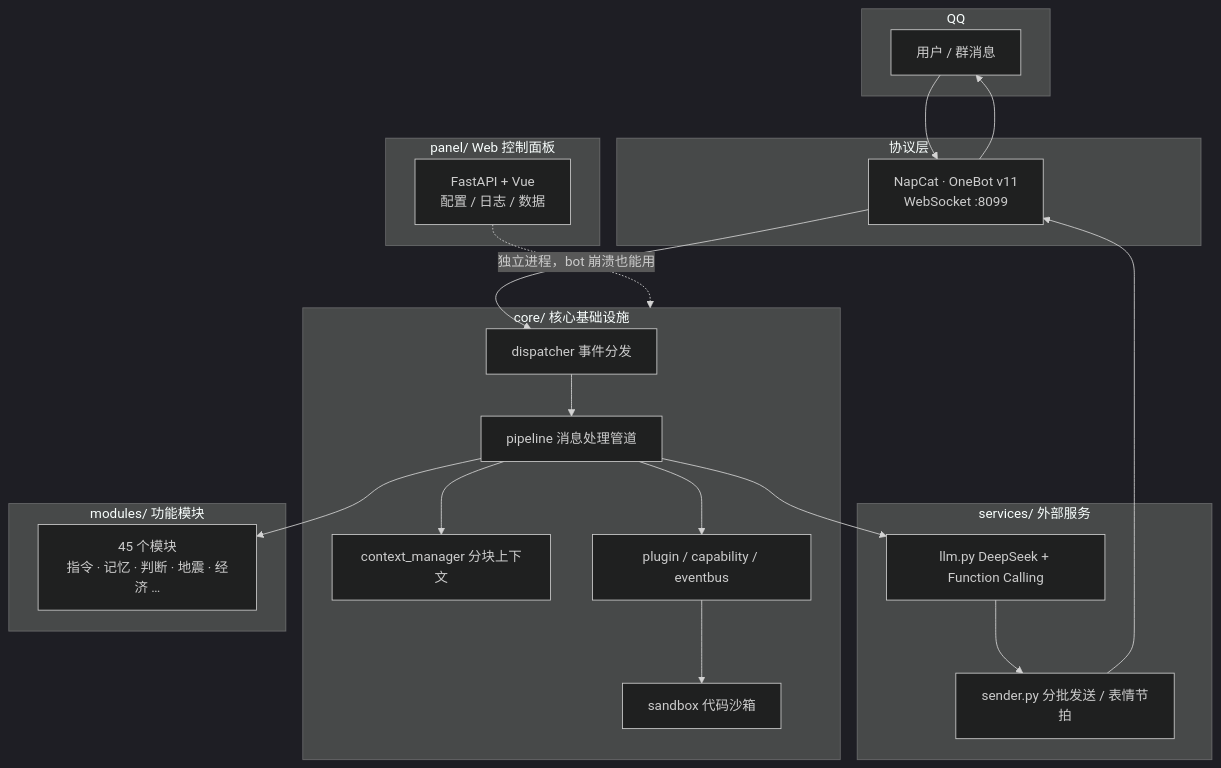
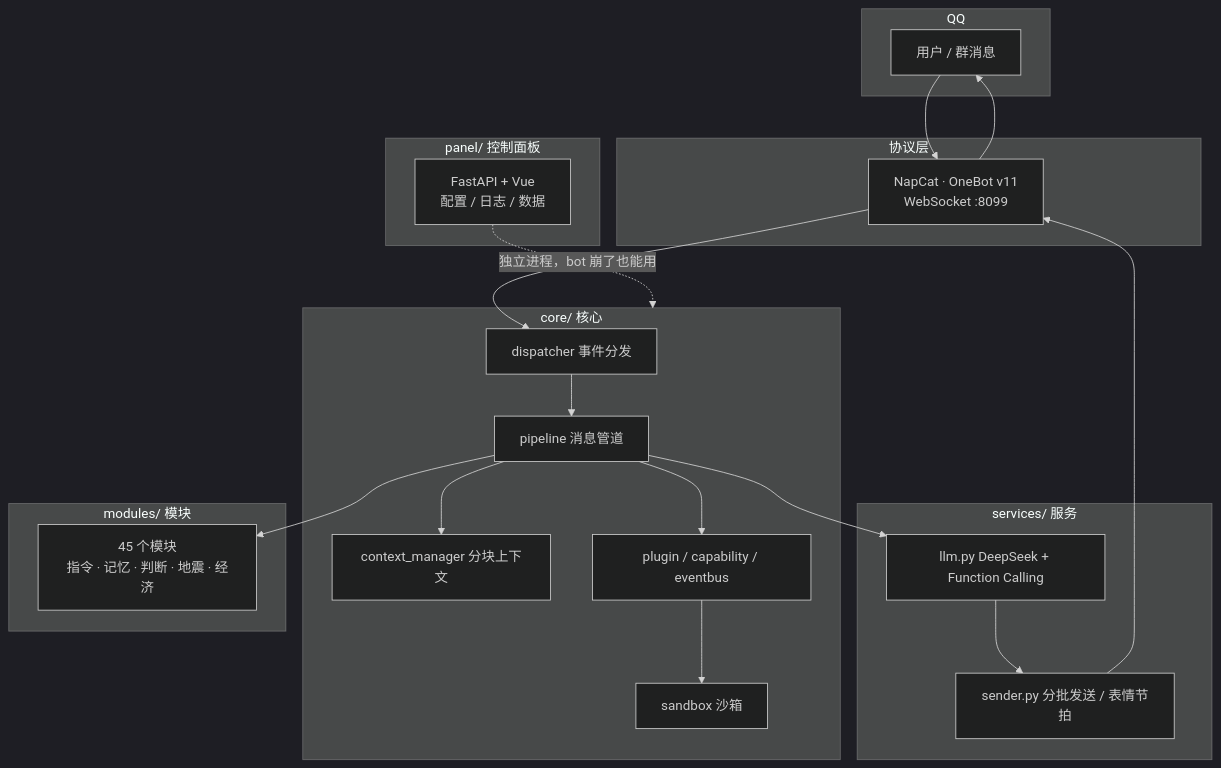
One commit to Trusler258/huanmeng-qqbot changed the first of 4 diagrams in README.md. Above: the diagram before and after it, drawn with Mermaid (dark theme). The commit also changed other lines of this file, not shown here.

First line of the commit message:
docs(readme): 去 AI 味重写 + 补全指令清单 + 扩记忆导图 + 修 URL 转义

````diff
--- a/README.md
+++ b/README.md
@@ -145,41 +109,41 @@
 ```mermaid
 flowchart TB
     subgraph Client["QQ"]
         U["用户 / 群消息"]
     end
 
     subgraph Adapter["协议层"]
         NC["NapCat · OneBot v11<br/>WebSocket :8099"]
     end
 
-    subgraph Core["core/ 核心基础设施"]
+    subgraph Core["core/ 核心"]
         D["dispatcher 事件分发"]
-        P["pipeline 消息处理管道"]
+        P["pipeline 消息管道"]
         C["context_manager 分块上下文"]
         PL["plugin / capability / eventbus"]
-        SB["sandbox 代码沙箱"]
+        SB["sandbox 沙箱"]
     end
 
-    subgraph Svc["services/ 外部服务"]
+    subgraph Svc["services/ 服务"]
         L["llm.py DeepSeek + Function Calling"]
         S["sender.py 分批发送 / 表情节拍"]
     end
 
-    subgraph Mod["modules/ 功能模块"]
-        M["45 个模块<br/>指令 · 记忆 · 判断 · 地震 · 经济 …"]
+    subgraph Mod["modules/ 模块"]
+        M["45 个模块<br/>指令 · 记忆 · 判断 · 地震 · 经济"]
     end
 
-    subgraph Panel["panel/ Web 控制面板"]
+    subgraph Panel["panel/ 控制面板"]
         PA["FastAPI + Vue<br/>配置 / 日志 / 数据"]
     end
 
     U --> NC --> D --> P
     P --> C
     P --> L
     P --> PL
     P --> M
     L --> S
     PL --> SB
     S --> NC --> U
-    PA -. "独立进程，bot 崩溃也能用" .-> Core
+    PA -. "独立进程，bot 崩了也能用" .-> Core
 ```
````
